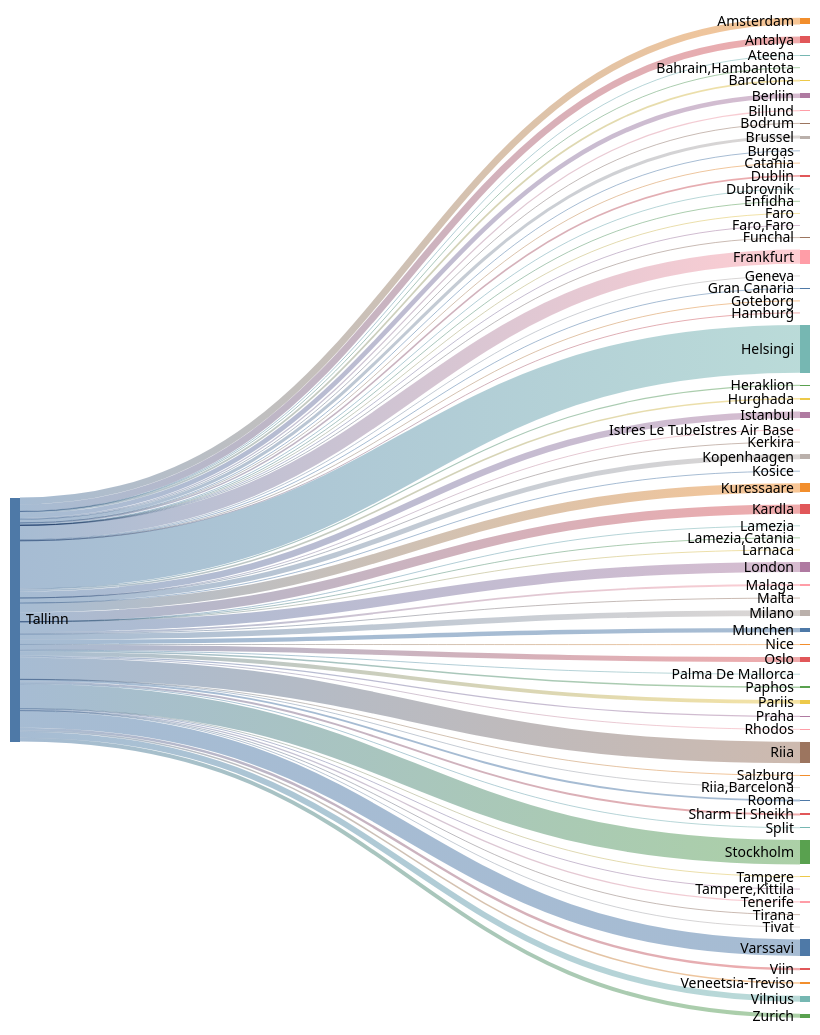
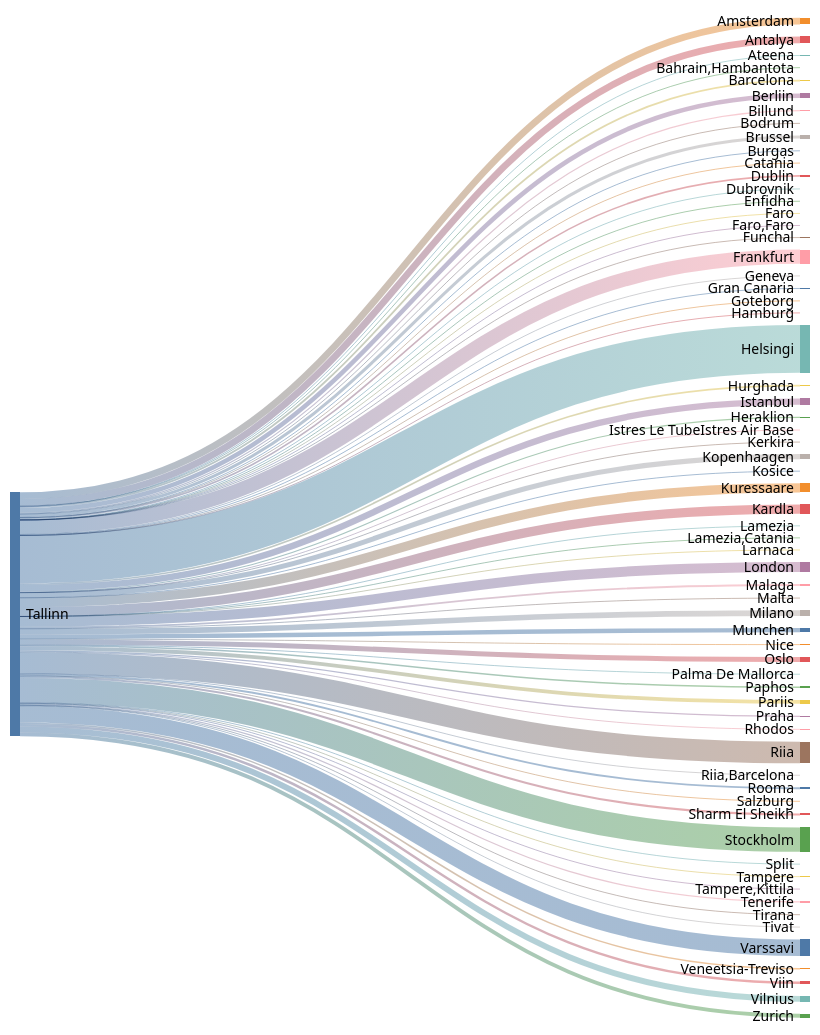
The second of 2 diagrams in README.md (rainermesi/tll-airport-departures), drawn with Mermaid (neutral theme) before and after one commit. The commit also changed other lines of this file, not shown here.

````diff
--- a/README.md
+++ b/README.md
@@ -34,77 +34,77 @@
 ```mermaid
 ---
 config:
   sankey:
     showValues: false
     width: 800
     height: 1000
 ---
 sankey-beta
 %% source,target,value
-Tallinn,Amsterdam,278
-Tallinn,Antalya,277
+Tallinn,Amsterdam,279
+Tallinn,Antalya,278
 Tallinn,Ateena,16
 Tallinn,"Bahrain,Hambantota",1
-Tallinn,Barcelona,72
+Tallinn,Barcelona,73
 Tallinn,Berliin,188
 Tallinn,Billund,49
 Tallinn,Bodrum,11
-Tallinn,Brussel,125
+Tallinn,Brussel,126
 Tallinn,Burgas,21
 Tallinn,Catania,2
 Tallinn,Dublin,64
 Tallinn,Dubrovnik,21
 Tallinn,Enfidha,7
 Tallinn,Faro,4
 Tallinn,"Faro,Faro",1
-Tallinn,Frankfurt,580
+Tallinn,Frankfurt,582
 Tallinn,Funchal,5
 Tallinn,Geneva,11
-Tallinn,Gran Canaria,34
+Tallinn,Gran Canaria,35
 Tallinn,Goteborg,1
 Tallinn,Hamburg,1
-Tallinn,Helsingi,1960
+Tallinn,Helsingi,1969
 Tallinn,Heraklion,46
 Tallinn,Hurghada,66
-Tallinn,Istanbul,262
+Tallinn,Istanbul,263
 Tallinn,Istres Le TubeIstres Air Base,2
 Tallinn,Kerkira,4
-Tallinn,Kopenhaagen,206
+Tallinn,Kopenhaagen,207
 Tallinn,Kosice,1
-Tallinn,Kuressaare,381
-Tallinn,Kardla,381
+Tallinn,Kuressaare,383
+Tallinn,Kardla,383
 Tallinn,Lamezia,1
 Tallinn,"Lamezia,Catania",3
 Tallinn,Larnaca,4
-Tallinn,London,410
+Tallinn,London,412
 Tallinn,Malaga,76
 Tallinn,Malta,15
-Tallinn,Milano,233
-Tallinn,Munchen,178
+Tallinn,Milano,234
+Tallinn,Munchen,179
 Tallinn,Nice,25
-Tallinn,Oslo,208
+Tallinn,Oslo,209
 Tallinn,Palma De Mallorca,19
 Tallinn,Paphos,62
 Tallinn,Pariis,156
 Tallinn,Praha,49
 Tallinn,Rhodos,32
-Tallinn,Riia,880
+Tallinn,Riia,884
 Tallinn,"Riia,Barcelona",1
-Tallinn,Rooma,76
+Tallinn,Rooma,77
 Tallinn,Salzburg,12
-Tallinn,Sharm El Sheikh,82
+Tallinn,Sharm El Sheikh,83
 Tallinn,Split,25
-Tallinn,Stockholm,997
+Tallinn,Stockholm,1002
 Tallinn,Tampere,17
 Tallinn,"Tampere,Kittila",18
-Tallinn,Tenerife,52
+Tallinn,Tenerife,53
 Tallinn,Tirana,8
 Tallinn,Tivat,26
-Tallinn,Varssavi,675
+Tallinn,Varssavi,678
 Tallinn,Veneetsia-Treviso,63
 Tallinn,Viin,100
-Tallinn,Vilnius,241
+Tallinn,Vilnius,242
 Tallinn,Zurich,161
 
 
 ```
````
